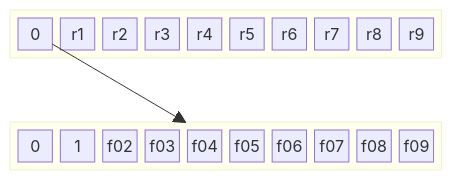
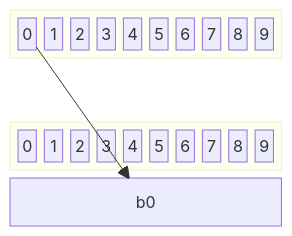
Before and after one commit to BenhurUFSM/pod26b: the diagram in Assuntos/busca-trie.md, drawn with Mermaid.

````diff
--- a/Assuntos/busca-trie.md
+++ b/Assuntos/busca-trie.md
@@ -11,8 +11,8 @@
 ```mermaid
 block
 columns 1
-  block:raiz  r0["0"] r1 r2 r3 r4 r5 r6 r7 r8 r9 end
+  block:raiz  r0["0"] r1["1"] r2["2"] r3["3"] r4["4"] r5["5"] r6["6"] r7["7"] r8["8"] r9["9"] end
   space
-  block:b0   f00["0"] f01["1"] f02 f03 f04 f05 f06 f07 f08 f09 end
+  block:0   0b0["0"] 0b1["1"] 0b2["2"] 0b3["3"] 0b4["4"] 0b5["5"] 0b6["6"] 0b7["7"] 0b8["8"] 0b9["9"] end
   r0 --> b0
 ```
````
